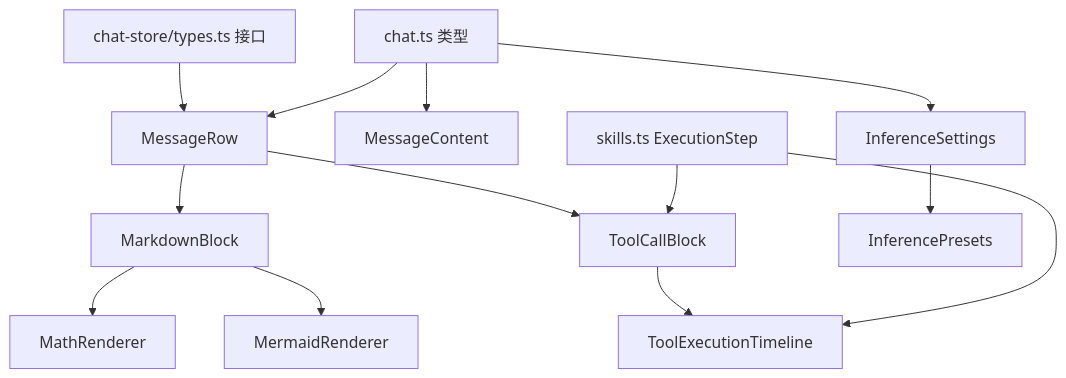
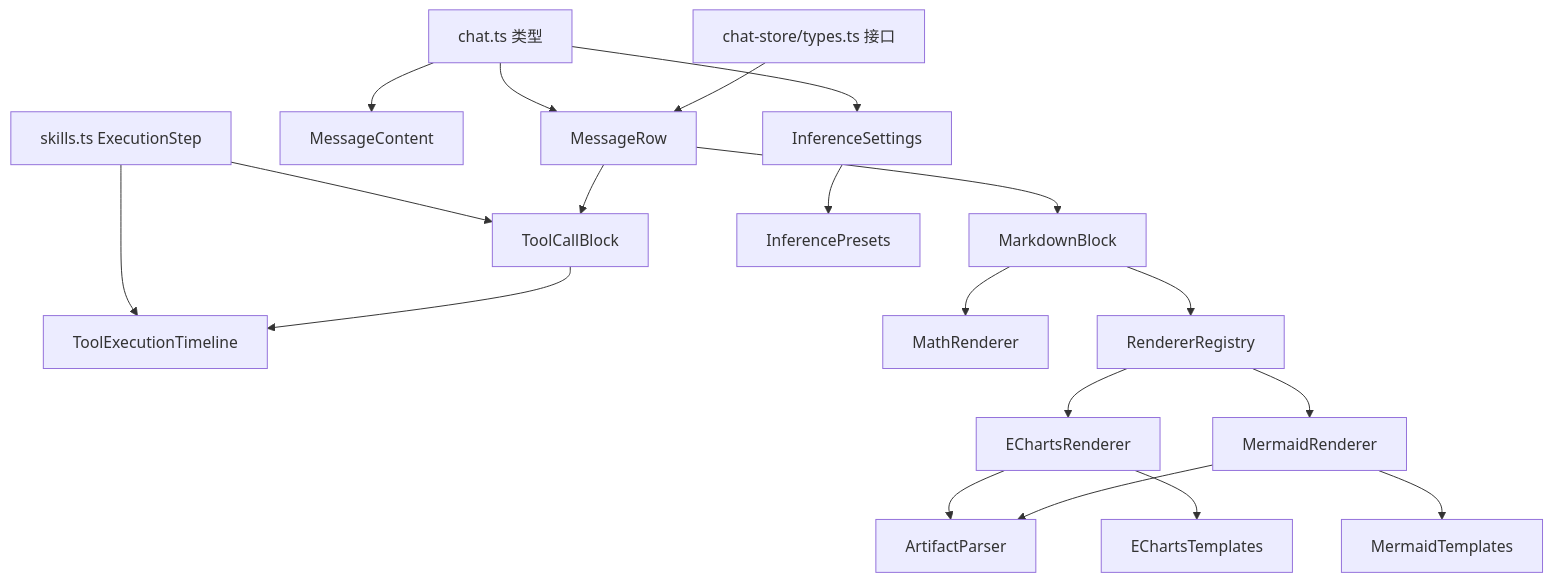
Before and after one commit to NarcisWL/Nexara: diagram 11 of 11 in .qoder/repowiki/zh/content/UI组件系统/聊天组件.md, drawn with Mermaid. The commit also changed other lines of this file and 4 other files, not shown here.

````diff
--- a/.qoder/repowiki/zh/content/UI组件系统/聊天组件.md
+++ b/.qoder/repowiki/zh/content/UI组件系统/聊天组件.md
@@ -420,15 +596,21 @@
 ```mermaid
 graph TB
 Types["chat.ts 类型"] --> MessageRow
 Types --> MessageContent
 Types --> InferenceSettings
 SkillsTypes["skills.ts ExecutionStep"] --> ToolCallBlock
 SkillsTypes --> ToolExecutionTimeline
 StoreTypes["chat-store/types.ts 接口"] --> MessageRow
 MessageRow --> ToolCallBlock
 ToolCallBlock --> ToolExecutionTimeline
 MessageRow --> MarkdownBlock
 MarkdownBlock --> MathRenderer
-MarkdownBlock --> MermaidRenderer
+MarkdownBlock --> RendererRegistry
+RendererRegistry --> EChartsRenderer
+RendererRegistry --> MermaidRenderer
+EChartsRenderer --> ArtifactParser
+MermaidRenderer --> ArtifactParser
+EChartsRenderer --> EChartsTemplates
+MermaidRenderer --> MermaidTemplates
 InferenceSettings --> InferencePresets
 ```
````
